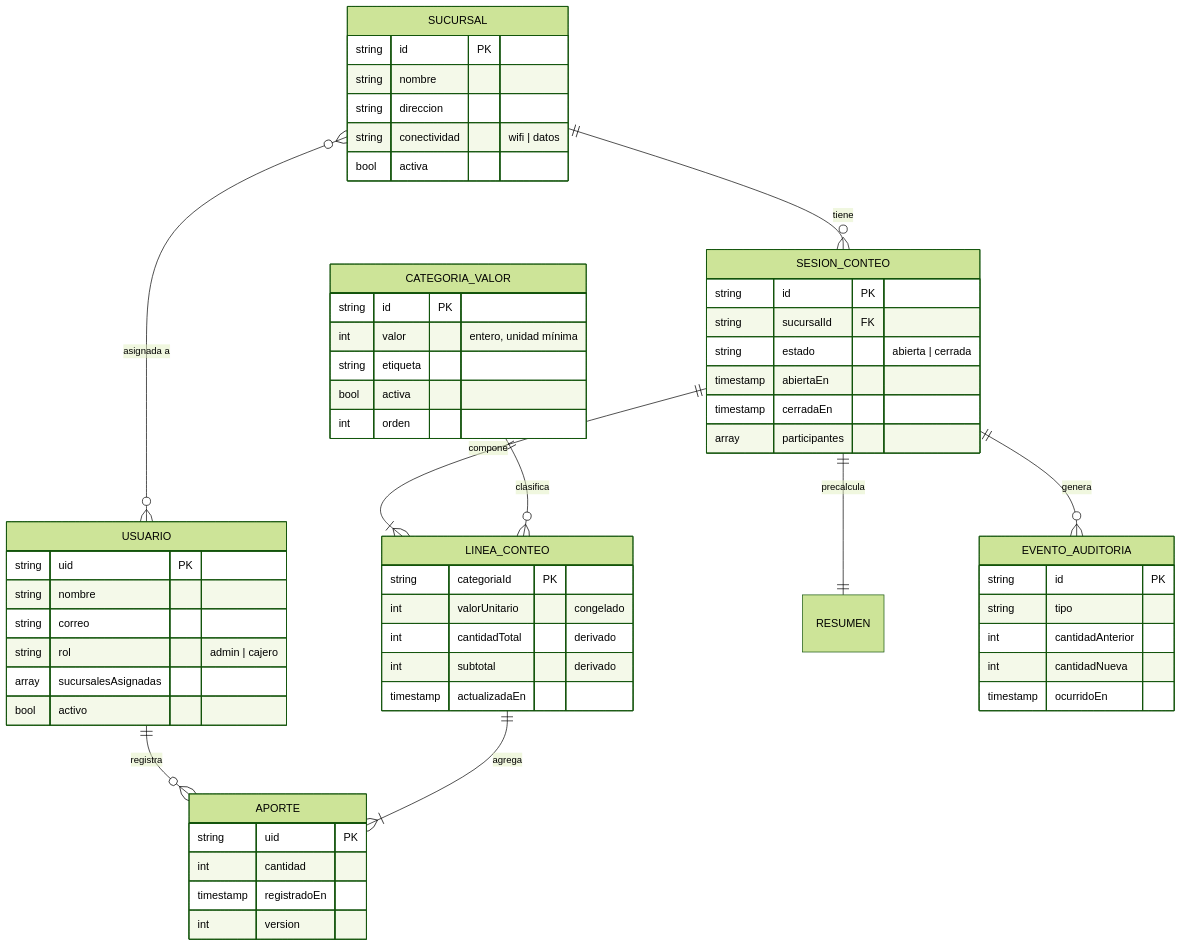
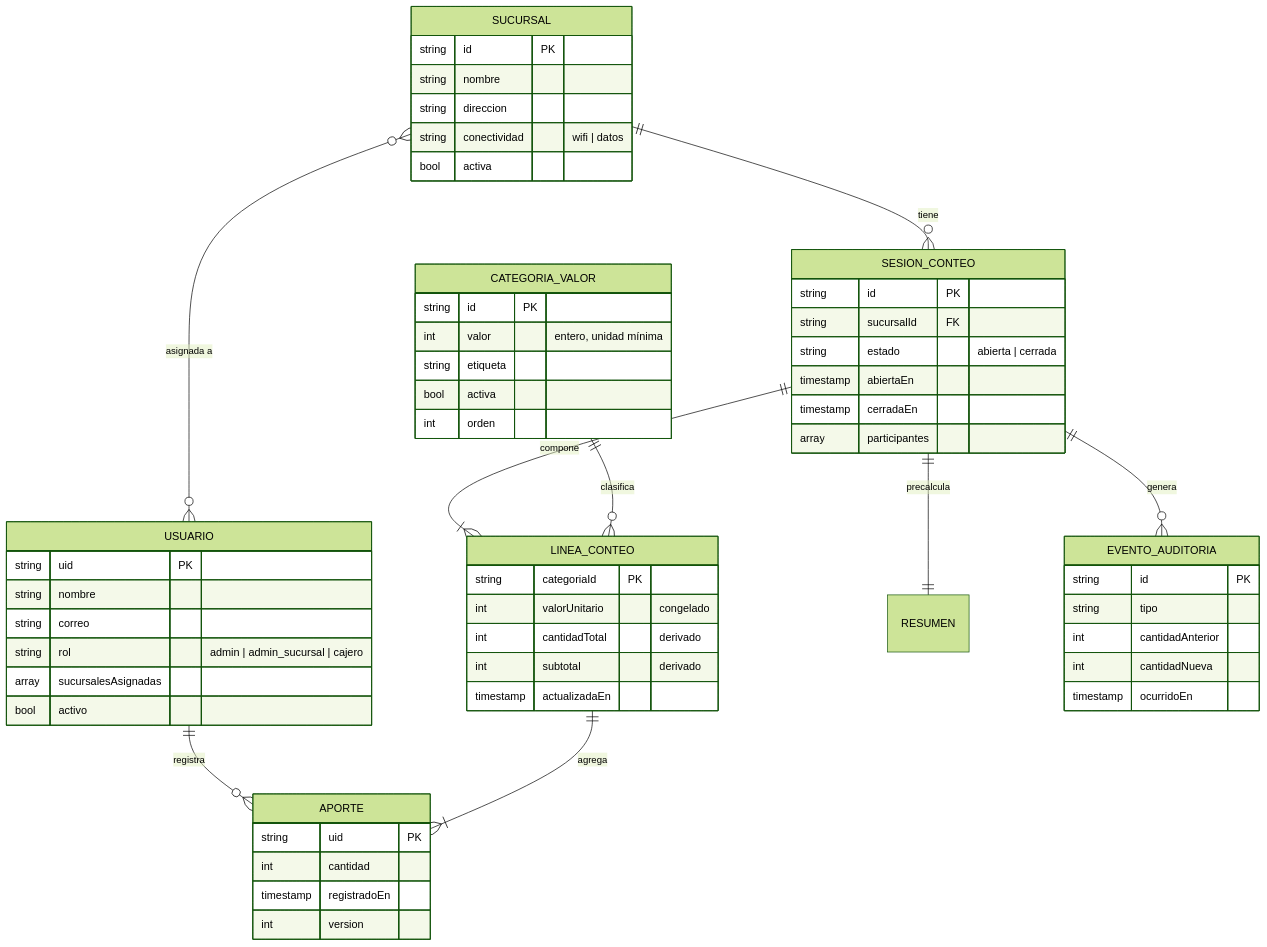
Before and after one commit to jab16jy/inventory-tally: the first of 2 diagrams in docs/diseno/03-modelo-de-dominio.md, drawn with Mermaid (forest theme). The commit also changed 2 other files, not shown here.

Commit message:
docs(diseno): registrar el rol admin_sucursal (ADR-27)
El Gerente (rol interno "admin") necesita delegar la gestión de una
sucursal sin abrirle las demás. ADR-27 decide un tercer rol acotado a
exactamente una sucursal. Los docs 01 y 03 pasan de dos a tres roles y
la matriz de permisos describe el alcance completo del cambio.

````diff
--- a/docs/diseno/03-modelo-de-dominio.md
+++ b/docs/diseno/03-modelo-de-dominio.md
@@ -25,62 +25,62 @@
 ```mermaid
 erDiagram
     USUARIO ||--o{ APORTE : "registra"
     SUCURSAL ||--o{ SESION_CONTEO : "tiene"
     SESION_CONTEO ||--|{ LINEA_CONTEO : "compone"
     CATEGORIA_VALOR ||--o{ LINEA_CONTEO : "clasifica"
     LINEA_CONTEO ||--|{ APORTE : "agrega"
     SESION_CONTEO ||--|| RESUMEN : "precalcula"
     SESION_CONTEO ||--o{ EVENTO_AUDITORIA : "genera"
     SUCURSAL }o--o{ USUARIO : "asignada a"
 
     USUARIO {
         string uid PK
         string nombre
         string correo
-        string rol "admin | cajero"
+        string rol "admin | admin_sucursal | cajero"
         array sucursalesAsignadas
         bool activo
     }
     SUCURSAL {
         string id PK
         string nombre
         string direccion
         string conectividad "wifi | datos"
         bool activa
     }
     CATEGORIA_VALOR {
         string id PK
         int valor "entero, unidad mínima"
         string etiqueta
         bool activa
         int orden
     }
     SESION_CONTEO {
         string id PK
         string sucursalId FK
         string estado "abierta | cerrada"
         timestamp abiertaEn
         timestamp cerradaEn
         array participantes
     }
     LINEA_CONTEO {
         string categoriaId PK
         int valorUnitario "congelado"
         int cantidadTotal "derivado"
         int subtotal "derivado"
         timestamp actualizadaEn
     }
     APORTE {
         string uid PK
         int cantidad
         timestamp registradoEn
         int version
     }
     EVENTO_AUDITORIA {
         string id PK
         string tipo
         int cantidadAnterior
         int cantidadNueva
         timestamp ocurridoEn
     }
 ```
````
